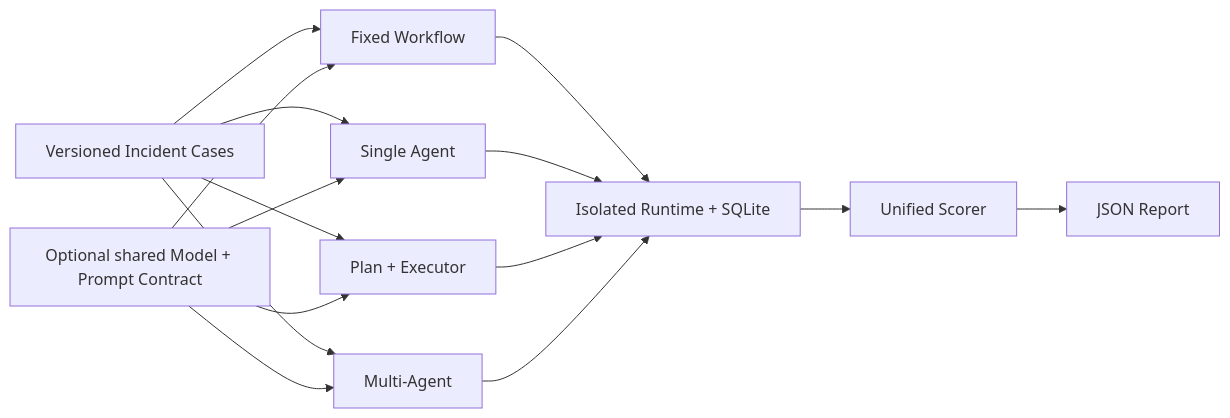
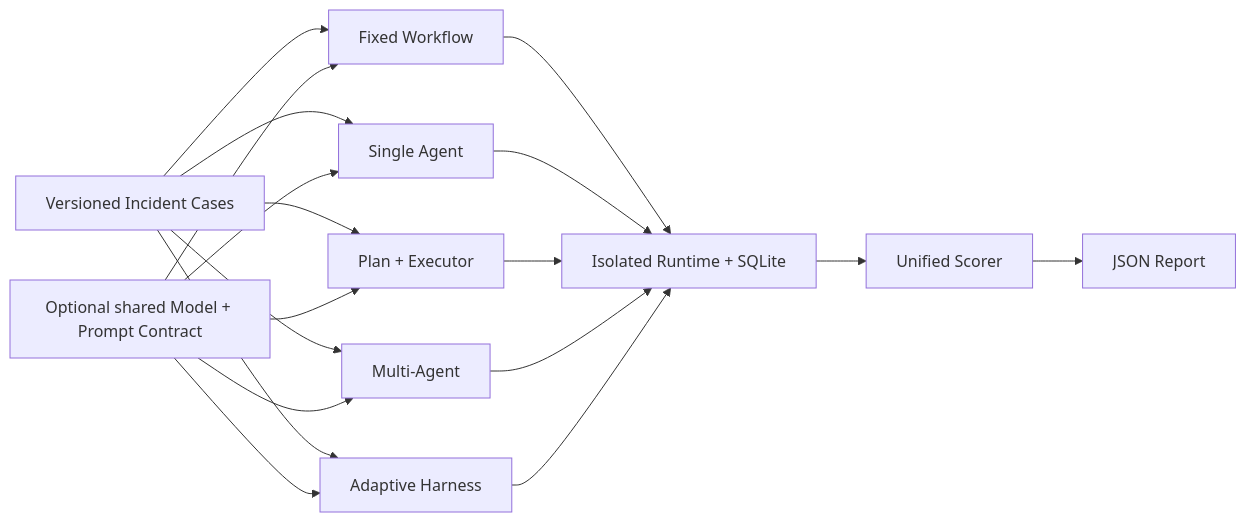
Before and after one commit to WeSsZz/AI-Engineer-Roadmap-2026: the second of 3 diagrams in projects/enterprise-agent/architecture.md, drawn with Mermaid. The commit also changed 8 other files, not shown here.

Commit message:
feat: add adaptive harness benchmark strategy

````diff
--- a/projects/enterprise-agent/architecture.md
+++ b/projects/enterprise-agent/architecture.md
@@ -112,17 +112,20 @@
 ```mermaid
 flowchart LR
     DS["Versioned Incident Cases"] --> FW["Fixed Workflow"]
     DS --> SA["Single Agent"]
     DS --> PE["Plan + Executor"]
     DS --> MA["Multi-Agent"]
+    DS --> AH["Adaptive Harness"]
     MP["Optional shared Model + Prompt Contract"] --> FW
     MP --> SA
     MP --> PE
     MP --> MA
+    MP --> AH
     FW --> ISO["Isolated Runtime + SQLite"]
     SA --> ISO
     PE --> ISO
     MA --> ISO
+    AH --> ISO
     ISO --> SC["Unified Scorer"]
     SC --> RP["JSON Report"]
 ```
````
